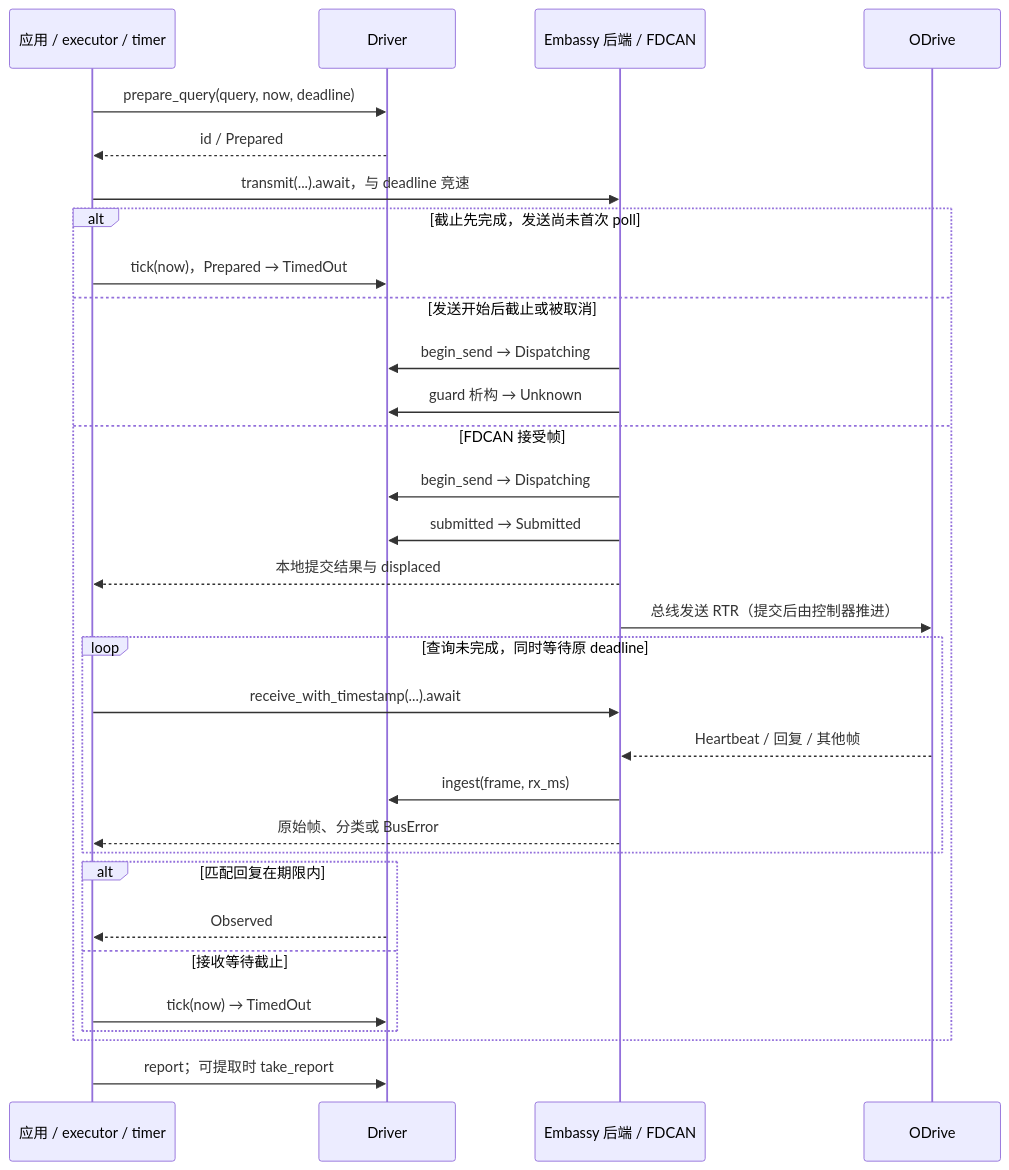
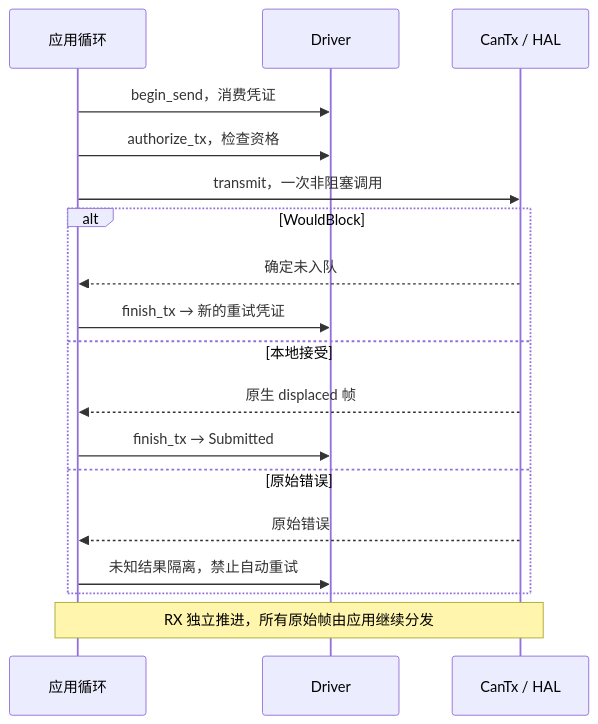
Before and after one commit to MRNIU/odrive-can-driver: the second of 3 diagrams in README.md, drawn with Mermaid. The commit also changed other lines of this file and 15 other files, not shown here.

````diff
--- a/README.md
+++ b/README.md
@@ -271,33 +214,20 @@
 ```mermaid
 sequenceDiagram
-    participant App as 应用 / executor / timer
+    participant App as 应用循环
     participant Core as Driver
-    participant IO as Embassy 后端 / FDCAN
-    participant Device as ODrive
-    App->>Core: prepare_query(query, now, deadline)
-    Core-->>App: id / Prepared
-    App->>IO: transmit(...).await，与 deadline 竞速
-    alt 截止先完成，发送尚未首次 poll
-        App->>Core: tick(now)，Prepared → TimedOut
-    else 发送开始后截止或被取消
-        IO->>Core: begin_send → Dispatching
-        IO->>Core: guard 析构 → Unknown
-    else FDCAN 接受帧
-        IO->>Core: begin_send → Dispatching
-        IO->>Core: submitted → Submitted
-        IO-->>App: 本地提交结果与 displaced
-        IO->>Device: 总线发送 RTR（提交后由控制器推进）
-        loop 查询未完成，同时等待原 deadline
-            App->>IO: receive_with_timestamp(...).await
-            Device-->>IO: Heartbeat / 回复 / 其他帧
-            IO->>Core: ingest(frame, rx_ms)
-            IO-->>App: 原始帧、分类或 BusError
-        end
-        alt 匹配回复在期限内
-            Core-->>App: Observed
-        else 接收等待截止
-            App->>Core: tick(now) → TimedOut
-        end
+    participant TX as CanTx / HAL
+    App->>Core: begin_send，消费凭证
+    App->>Core: authorize_tx，检查资格
+    App->>TX: transmit，一次非阻塞调用
+    alt WouldBlock
+        TX-->>App: 确定未入队
+        App->>Core: finish_tx → 新的重试凭证
+    else 本地接受
+        TX-->>App: 原生 displaced 帧
+        App->>Core: finish_tx → Submitted
+    else 原始错误
+        TX-->>App: 原始错误
+        App->>Core: 未知结果隔离，禁止自动重试
     end
-    App->>Core: report；可提取时 take_report
+    Note over App,TX: RX 独立推进，所有原始帧由应用继续分发
 ```
````
